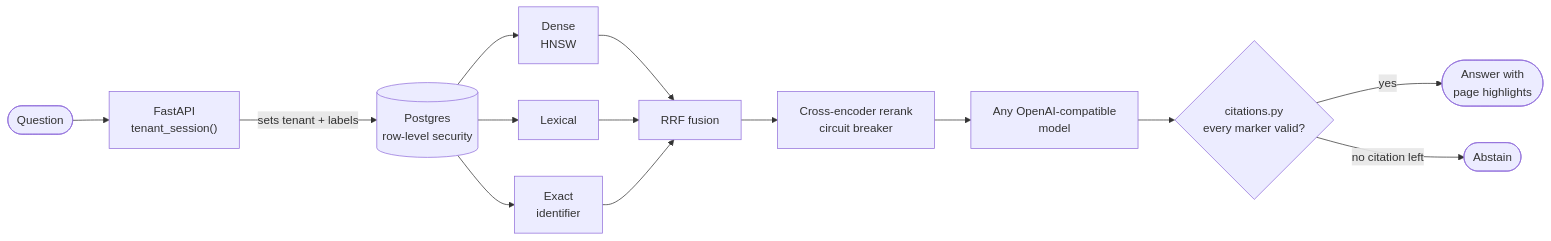
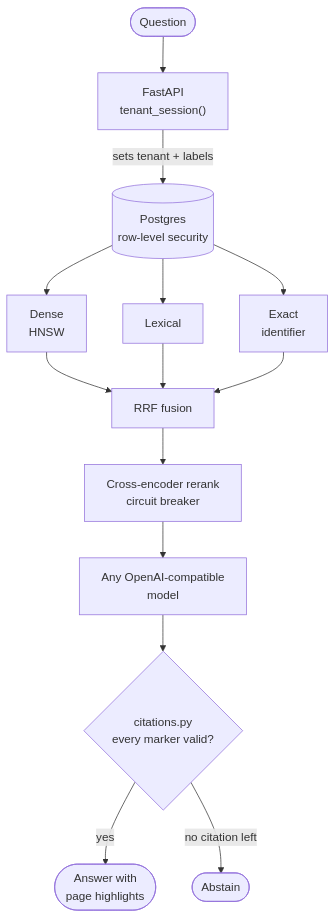
Before and after one commit to Martinhdeez/zenithEnterprise: the diagram in README.md, drawn with Mermaid.

Commit message:
docs(readme): the query diagram reads top to bottom
Left to right it rendered eleven nodes across GitHub's ~840px column: the
labels shrank to unreadable and the viewer's zoom controls sat on top of the
abstention node, which is the end of the flow and the point of the diagram.
Top to bottom it keeps the three retrieval branches side by side and gives
every label its size back.

Claude-Session: https://claude.ai/code/session_01U5s31c3QK489MwDZZmn8Ei

````diff
--- a/README.md
+++ b/README.md
@@ -64,16 +64,16 @@
 ```mermaid
-flowchart LR
+flowchart TB
     Q([Question]) --> API["FastAPI<br/>tenant_session()"]
     API -- "sets tenant + labels" --> PG[("Postgres<br/>row-level security")]
     PG --> D["Dense<br/>HNSW"]
     PG --> L["Lexical"]
     PG --> X["Exact<br/>identifier"]
     D --> F["RRF fusion"]
     L --> F
     X --> F
     F --> R["Cross-encoder rerank<br/>circuit breaker"]
     R --> G["Any OpenAI-compatible<br/>model"]
     G --> C{"citations.py<br/>every marker valid?"}
     C -- "yes" --> A([Answer with<br/>page highlights])
     C -- "no citation left" --> N([Abstain])
 ```
````
